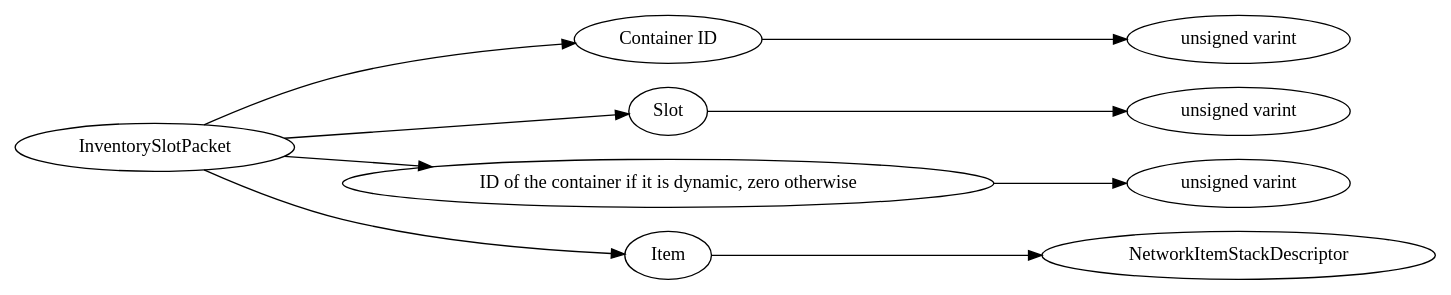
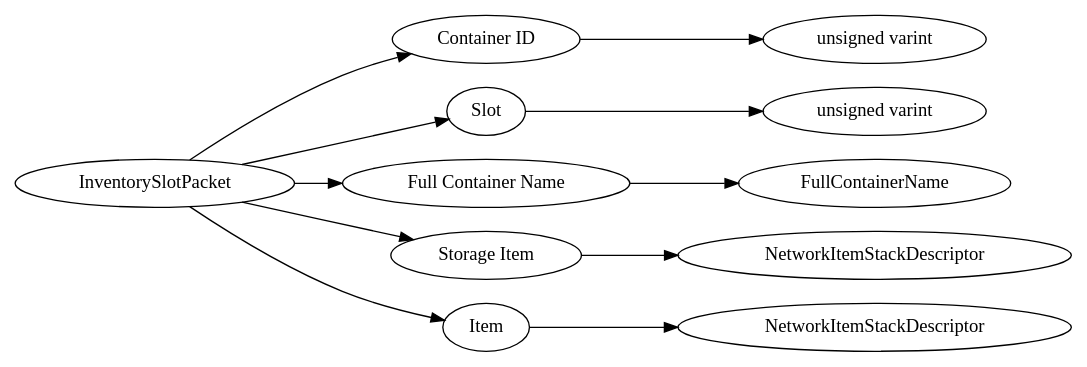
One commit to Mojang/bedrock-protocol-docs changed the diagram in dot/InventorySlotPacket.dot. Above: the diagram before and after it, drawn with Graphviz. The commit also changed 118 other files, not shown here.

```diff
--- a/dot/InventorySlotPacket.dot
+++ b/dot/InventorySlotPacket.dot
@@ -1,24 +1,28 @@
 digraph "InventorySlotPacket" {
 rankdir = LR
 0
 0 -> 1
 1 -> 2
 0 -> 3
 3 -> 4
 0 -> 5
 5 -> 6
 0 -> 7
 7 -> 8
+0 -> 9
+9 -> 10
 
 0 [label="InventorySlotPacket",comment="name: \"InventorySlotPacket\", typeName: \"\", id: 0, branchId: 50, recurseId: -1, attributes: 0, notes: \"\""];
 1 [label="Container ID",comment="name: \"Container ID\", typeName: \"\", id: 1, branchId: 0, recurseId: -1, attributes: 0, notes: \"\""];
 2 [label="unsigned varint",comment="name: \"unsigned varint\", typeName: \"\", id: 2, branchId: 0, recurseId: -1, attributes: 512, notes: \"\""];
 3 [label="Slot",comment="name: \"Slot\", typeName: \"\", id: 3, branchId: 0, recurseId: -1, attributes: 0, notes: \"\""];
 4 [label="unsigned varint",comment="name: \"unsigned varint\", typeName: \"\", id: 4, branchId: 0, recurseId: -1, attributes: 512, notes: \"\""];
-5 [label="ID of the container if it is dynamic, zero otherwise",comment="name: \"ID of the container if it is dynamic, zero otherwise\", typeName: \"\", id: 5, branchId: 0, recurseId: -1, attributes: 0, notes: \"\""];
-6 [label="unsigned varint",comment="name: \"unsigned varint\", typeName: \"\", id: 6, branchId: 0, recurseId: -1, attributes: 512, notes: \"\""];
-7 [label="Item",comment="name: \"Item\", typeName: \"NetworkItemStackDescriptor\", id: 7, branchId: 0, recurseId: -1, attributes: 256, notes: \"\""];
+5 [label="Full Container Name",comment="name: \"Full Container Name\", typeName: \"FullContainerName\", id: 5, branchId: 0, recurseId: -1, attributes: 256, notes: \"Used to reference a specific container within a given screen container context\""];
+6 [label="FullContainerName",comment="name: \"FullContainerName\", typeName: \"\", id: 6, branchId: 0, recurseId: -1, attributes: 512, notes: \"\""];
+7 [label="Storage Item",comment="name: \"Storage Item\", typeName: \"NetworkItemStackDescriptor\", id: 7, branchId: 0, recurseId: -1, attributes: 256, notes: \"Optional storage item to set into. Only the item type is relevant, not any stack information.\""];
 8 [label="NetworkItemStackDescriptor",comment="name: \"NetworkItemStackDescriptor\", typeName: \"\", id: 8, branchId: 0, recurseId: -1, attributes: 512, notes: \"\""];
-{ rank = max;2;4;6;8}
+9 [label="Item",comment="name: \"Item\", typeName: \"NetworkItemStackDescriptor\", id: 9, branchId: 0, recurseId: -1, attributes: 256, notes: \"\""];
+10 [label="NetworkItemStackDescriptor",comment="name: \"NetworkItemStackDescriptor\", typeName: \"\", id: 10, branchId: 0, recurseId: -1, attributes: 512, notes: \"\""];
+{ rank = max;2;4;6;8;10}
 
 }
```
